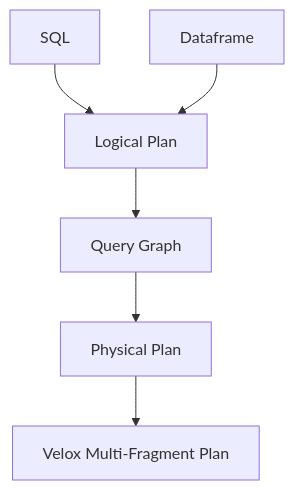
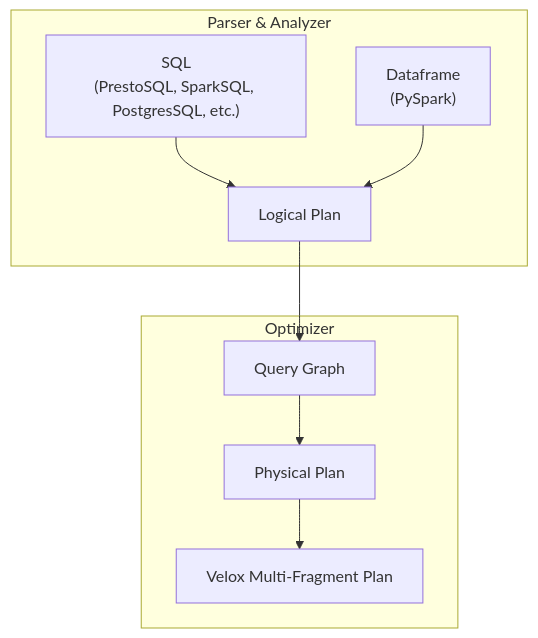
Before and after one commit to mbasmanova/verax: the diagram in README.md, drawn with Mermaid. The commit also changed other lines of this file and 3 other files, not shown here.

First line of the commit message:
docs: Update components diagram (#698)

````diff
--- a/README.md
+++ b/README.md
@@ -60,10 +67,17 @@
 ```mermaid
 flowchart TD
-    sql[SQL]
-    df[Dataframe]
-    sql --> lp[Logical Plan]
-    df --> lp
-    lp --> qg[Query Graph]
-    qg --> plan[Physical Plan]
-    plan --> velox[Velox Multi-Fragment Plan]
+    subgraph p[Parser & Analyzer]
+        sql["`SQL
+        (PrestoSQL, SparkSQL, PostgresSQL, etc.)`"]
+        df["`Dataframe
+        (PySpark)`"]
+        sql --> lp[Logical Plan]
+        df --> lp
+    end
+
+    subgraph o[Optimizer]
+        lp --> qg[Query Graph]
+        qg --> plan[Physical Plan]
+        plan --> velox[Velox Multi-Fragment Plan]
+    end
 ```
````
